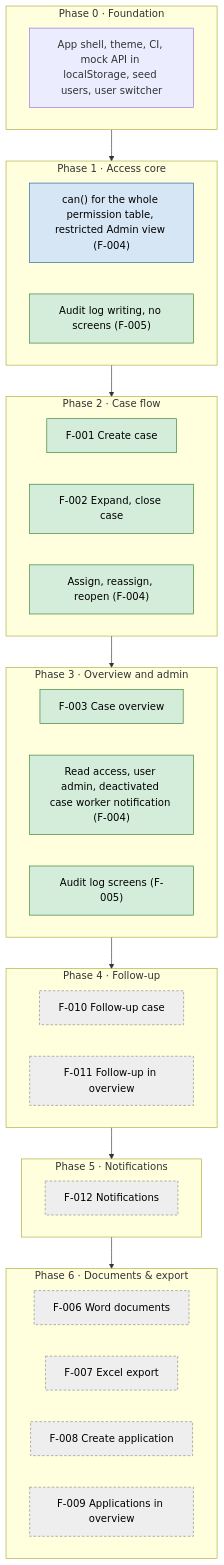
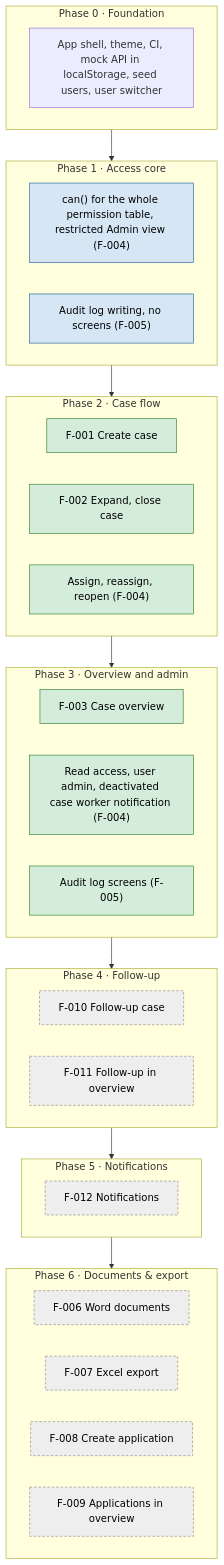
The first of 2 diagrams in docs/roadmap.md (TLS97/tines-case-management-system), drawn with Mermaid before and after one commit. The commit also changed other lines of this file and 11 other files, not shown here.

````diff
--- a/docs/roadmap.md
+++ b/docs/roadmap.md
@@ -10,41 +10,41 @@
 ```mermaid
 flowchart TD
   subgraph P0["Phase 0 · Foundation"]
     F0[App shell, theme, CI, mock API in localStorage, seed users, user switcher]
   end
   subgraph P1["Phase 1 · Access core"]
     P1a["can() for the whole permission table, restricted Admin view (F-004)"]
     P1b["Audit log writing, no screens (F-005)"]
   end
   subgraph P2["Phase 2 · Case flow"]
     F001[F-001 Create case]
     F002["F-002 Expand, close case"]
     P2a["Assign, reassign, reopen (F-004)"]
   end
   subgraph P3["Phase 3 · Overview and admin"]
     F003[F-003 Case overview]
     P3a["Read access, user admin, deactivated case worker notification (F-004)"]
     P3b["Audit log screens (F-005)"]
   end
   subgraph P4["Phase 4 · Follow-up"]
     F010[F-010 Follow-up case]
     F011[F-011 Follow-up in overview]
   end
   subgraph P5["Phase 5 · Notifications"]
     F012[F-012 Notifications]
   end
   subgraph P6["Phase 6 · Documents & export"]
     F006[F-006 Word documents]
     F007[F-007 Excel export]
     F008[F-008 Create application]
     F009[F-009 Applications in overview]
   end
   P0 --> P1 --> P2 --> P3 --> P4 --> P5 --> P6
 
   classDef approved fill:#d4edda,stroke:#2e7d32,color:#000
   classDef draft fill:#eeeeee,stroke:#888,stroke-dasharray:4 3,color:#000
   classDef inprogress fill:#d6e6f5,stroke:#1f5f99,color:#000
-  class P1b,F001,F002,P2a,F003,P3a,P3b approved
-  class P1a inprogress
+  class F001,F002,P2a,F003,P3a,P3b approved
+  class P1a,P1b inprogress
   class F006,F007,F008,F009,F010,F011,F012 draft
 ```
````
